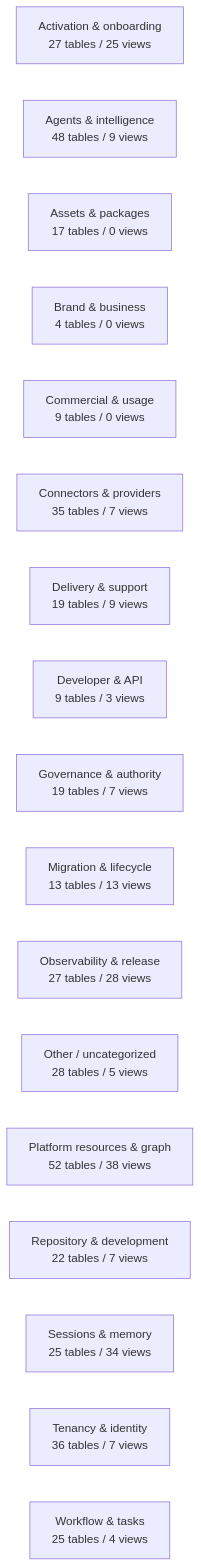
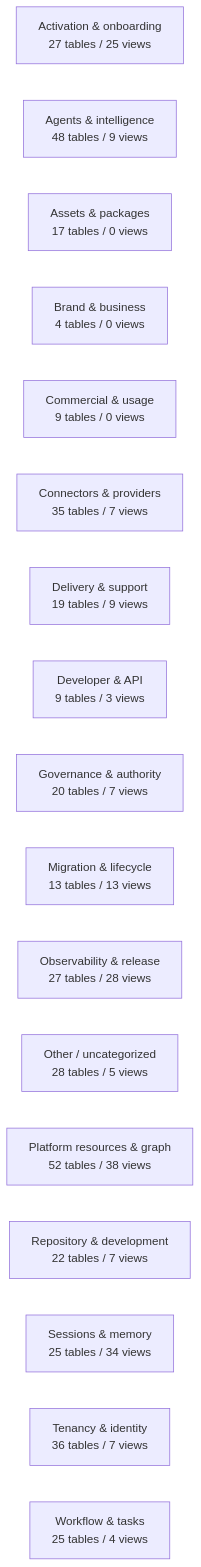
The diagram in docs/work-maps/data-model-domain-map.md (mad4bdigital-ai/multi-business-multi-role-growth-intelligence-os), drawn with Mermaid before and after one commit. The commit also changed other lines of this file and 5 other files, not shown here.

````diff
--- a/docs/work-maps/data-model-domain-map.md
+++ b/docs/work-maps/data-model-domain-map.md
@@ -9,20 +9,20 @@
 ```mermaid
 flowchart LR
   n_Activation___onboarding["Activation & onboarding<br/>27 tables / 25 views"]
   n_Agents___intelligence["Agents & intelligence<br/>48 tables / 9 views"]
   n_Assets___packages["Assets & packages<br/>17 tables / 0 views"]
   n_Brand___business["Brand & business<br/>4 tables / 0 views"]
   n_Commercial___usage["Commercial & usage<br/>9 tables / 0 views"]
   n_Connectors___providers["Connectors & providers<br/>35 tables / 7 views"]
   n_Delivery___support["Delivery & support<br/>19 tables / 9 views"]
   n_Developer___API["Developer & API<br/>9 tables / 3 views"]
-  n_Governance___authority["Governance & authority<br/>19 tables / 7 views"]
+  n_Governance___authority["Governance & authority<br/>20 tables / 7 views"]
   n_Migration___lifecycle["Migration & lifecycle<br/>13 tables / 13 views"]
   n_Observability___release["Observability & release<br/>27 tables / 28 views"]
   n_Other___uncategorized["Other / uncategorized<br/>28 tables / 5 views"]
   n_Platform_resources___graph["Platform resources & graph<br/>52 tables / 38 views"]
   n_Repository___development["Repository & development<br/>22 tables / 7 views"]
   n_Sessions___memory["Sessions & memory<br/>25 tables / 34 views"]
   n_Tenancy___identity["Tenancy & identity<br/>36 tables / 7 views"]
   n_Workflow___tasks["Workflow & tasks<br/>25 tables / 4 views"]
 ```
````
